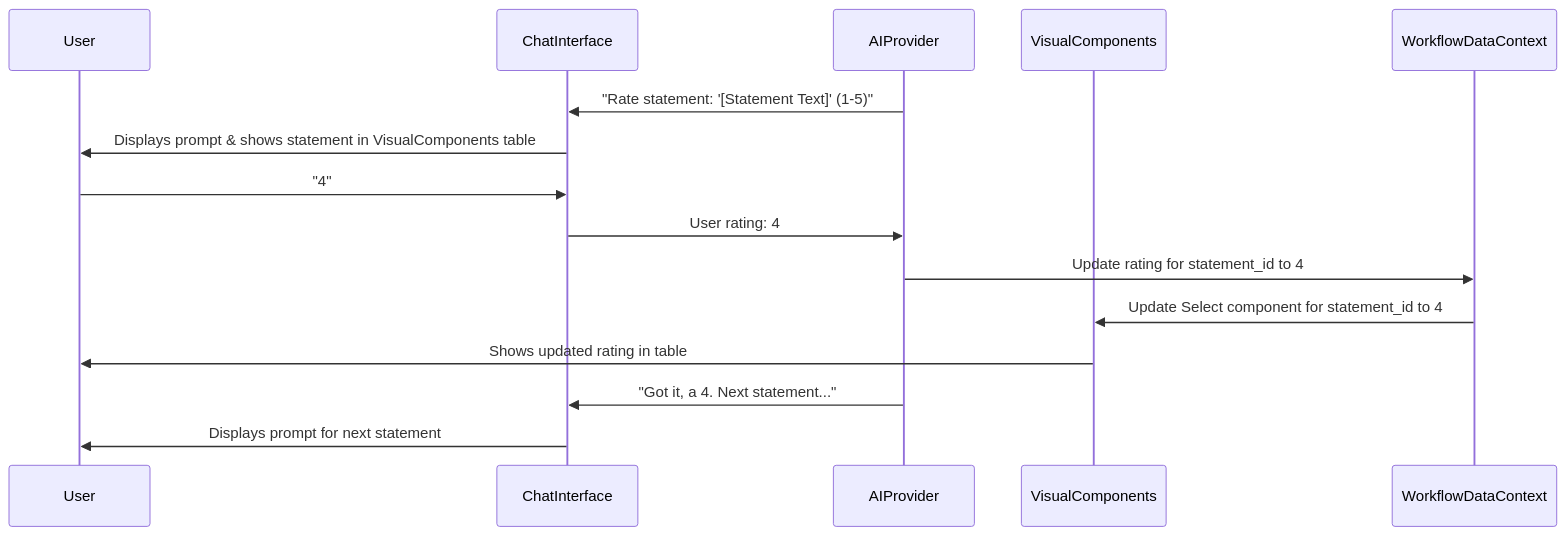
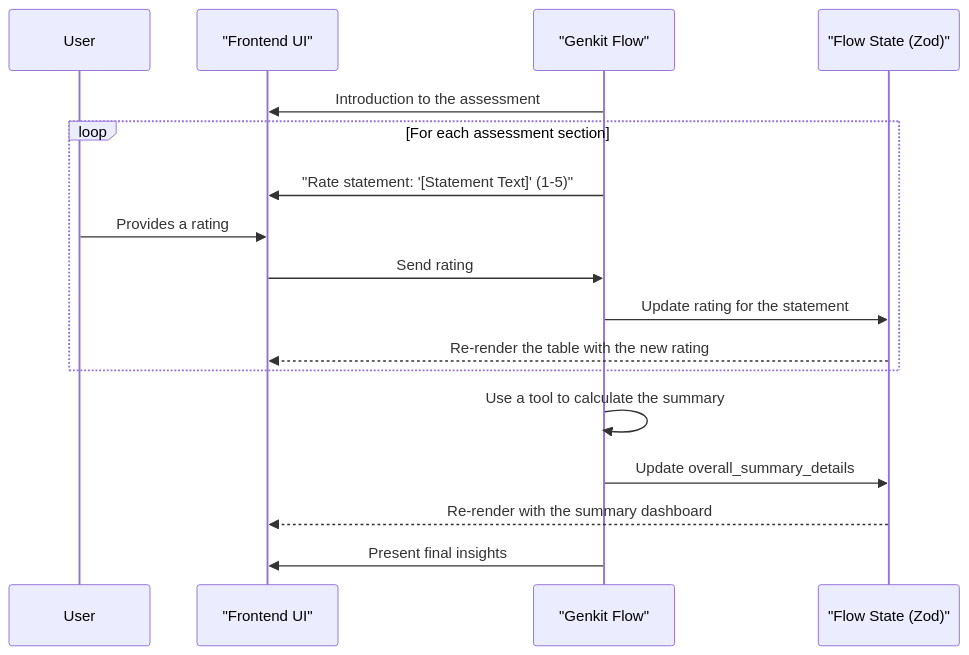
One commit to Ty-Robb/Pipit-AI changed the diagram in docs/strategy-components/workflows/marketing-strategy/brand-assessment.md. Above: the diagram before and after it, drawn with Mermaid. The commit also changed other lines of this file and 19 other files, not shown here.

Commit message:
docs: complete Genkit architecture alignment and project README

````diff
--- a/docs/strategy-components/workflows/marketing-strategy/brand-assessment.md
+++ b/docs/strategy-components/workflows/marketing-strategy/brand-assessment.md
@@ -252,20 +83,22 @@
 ```mermaid
 sequenceDiagram
     participant User
-    participant ChatInterface
-    participant AIProvider
-    participant VisualComponents
-    participant WorkflowDataContext
+    participant FrontendUI as "Frontend UI"
+    participant GenkitFlow as "Genkit Flow"
+    participant FlowState as "Flow State (Zod)"
 
-    AIProvider->>ChatInterface: "Rate statement: '[Statement Text]' (1-5)"
-    ChatInterface->>User: Displays prompt & shows statement in VisualComponents table
+    GenkitFlow->>FrontendUI: Introduction to the assessment
     
-    User->>ChatInterface: "4"
-    ChatInterface->>AIProvider: User rating: 4
-    AIProvider->>WorkflowDataContext: Update rating for statement_id to 4
-    WorkflowDataContext->>VisualComponents: Update Select component for statement_id to 4
-    VisualComponents->>User: Shows updated rating in table
-    
-    AIProvider->>ChatInterface: "Got it, a 4. Next statement..."
-    ChatInterface->>User: Displays prompt for next statement
+    loop For each assessment section
+        GenkitFlow->>FrontendUI: "Rate statement: '[Statement Text]' (1-5)"
+        User->>FrontendUI: Provides a rating
+        FrontendUI->>GenkitFlow: Send rating
+        GenkitFlow->>FlowState: Update rating for the statement
+        FlowState-->>FrontendUI: Re-render the table with the new rating
+    end
+
+    GenkitFlow->>GenkitFlow: Use a tool to calculate the summary
+    GenkitFlow->>FlowState: Update overall_summary_details
+    FlowState-->>FrontendUI: Re-render with the summary dashboard
+    GenkitFlow->>FrontendUI: Present final insights
 ```
````
